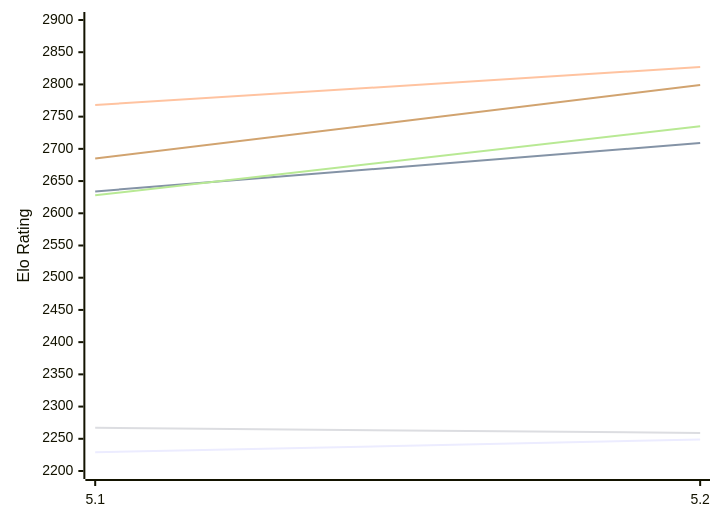
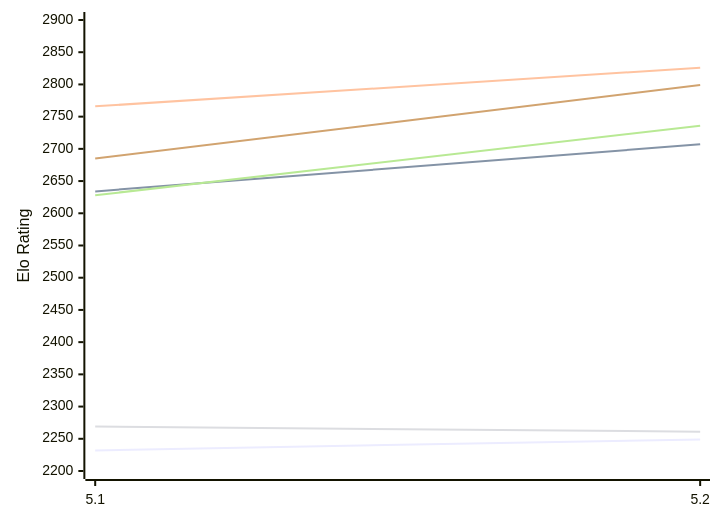
Before and after one commit to computer-chess-index/cci: the first of 2 diagrams in engines/Dorky.md, drawn with Mermaid. The commit also changed other lines of this file, not shown here.

Commit message:
Update CCI Ratings (ELO VLTC) - 2026-11-28

````diff
--- a/engines/Dorky.md
+++ b/engines/Dorky.md
@@ -50,12 +50,12 @@
 ```mermaid
 %%{init: {"theme":"base","themeVariables":{"seriesColors:['#a3a3a3','#222221','#faa371']}}}%%
 xychart-beta
   x-axis ["5.1", "5.2"]
   y-axis "Elo Rating" 2200 --> 2900
-  line "E1: STC (8.0+0.08s)" [2229, 2249]
-  line "E1: LTC (60.0+0.60s)" [2634, 2709]
-  line "E1: VLTC (2m24s+1.12s)" [2768, 2827]
-  line "P1: STC (8.0+0.08s)" [2267, 2259]
-  line "P1: LTC (60.0+0.60s)" [2628, 2735]
+  line "E1: STC (8.0+0.08s)" [2232, 2249]
+  line "E1: LTC (60.0+0.60s)" [2634, 2707]
+  line "E1: VLTC (2m24s+1.12s)" [2766, 2826]
+  line "P1: STC (8.0+0.08s)" [2269, 2261]
+  line "P1: LTC (60.0+0.60s)" [2628, 2736]
   line "P1: VLTC (2m24s+1.12s)" [2685, 2799]
 ```
````
